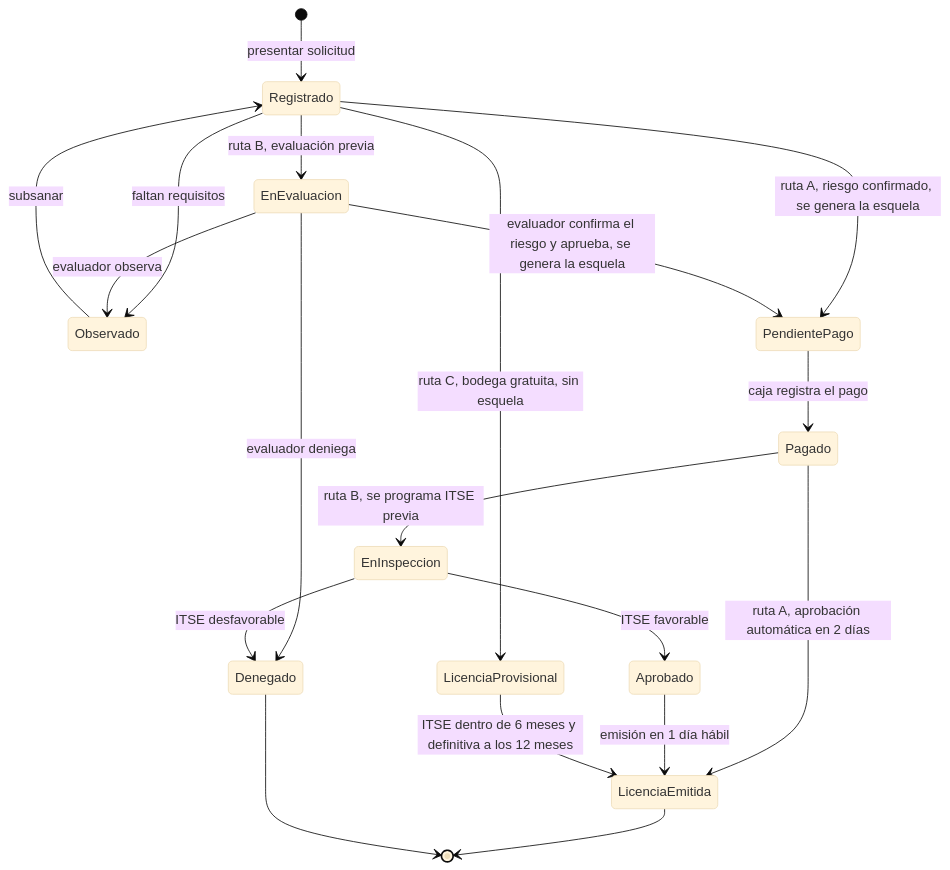
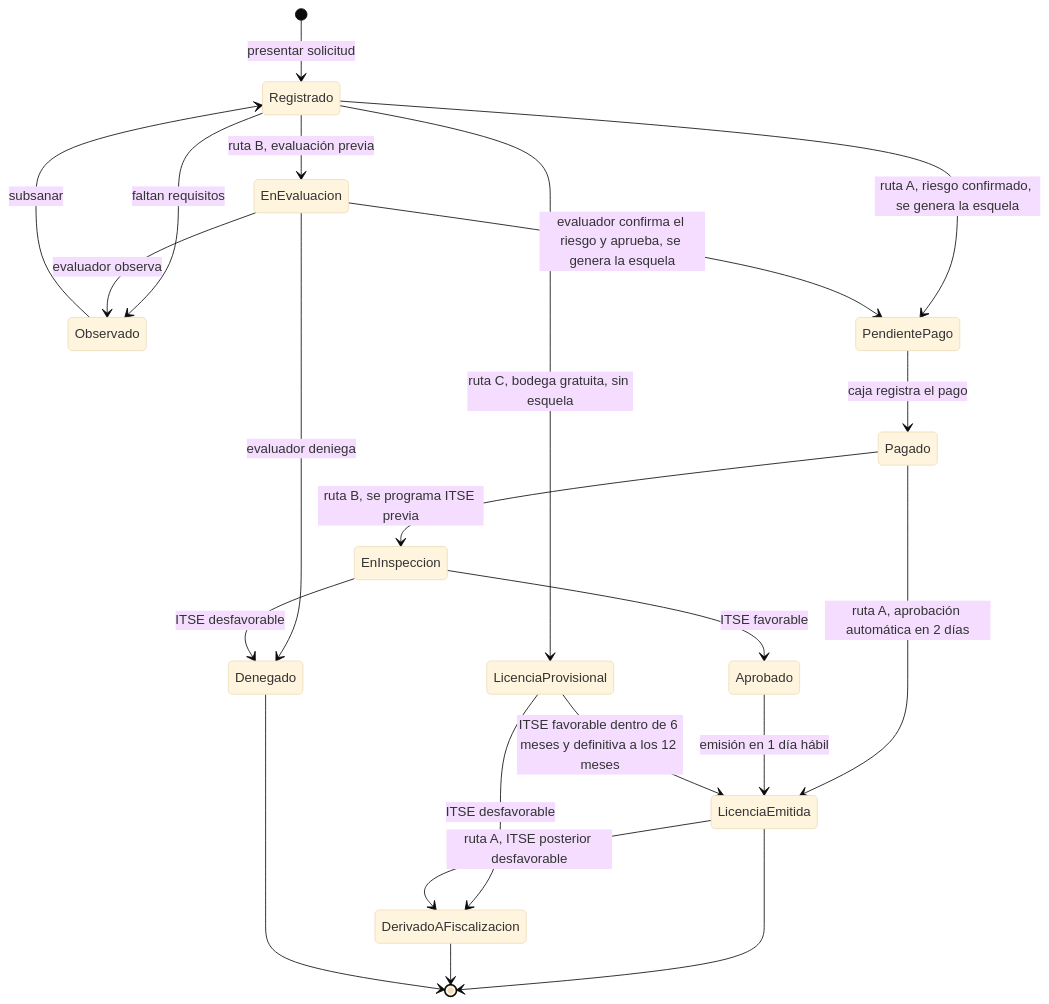
Before and after one commit to yeymyloson18/Licencias-Huanta-arquitSoft-JEIMY: the diagram in docs/03-diseno-de-software/diseno-interno/diseno-interno-de-modulos.md, drawn with Mermaid (base theme). The commit also changed other lines of this file, not shown here.

Commit message:
docs: estado de fiscalización por ITSE desfavorable y nota outbox del pago

````diff
--- a/docs/03-diseno-de-software/diseno-interno/diseno-interno-de-modulos.md
+++ b/docs/03-diseno-de-software/diseno-interno/diseno-interno-de-modulos.md
@@ -43,21 +43,24 @@
 ```mermaid
 stateDiagram-v2
     [*] --> Registrado: presentar solicitud
     Registrado --> Observado: faltan requisitos
     Observado --> Registrado: subsanar
     Registrado --> PendientePago: ruta A, riesgo confirmado, se genera la esquela
     Registrado --> EnEvaluacion: ruta B, evaluación previa
     Registrado --> LicenciaProvisional: ruta C, bodega gratuita, sin esquela
     EnEvaluacion --> Observado: evaluador observa
     EnEvaluacion --> Denegado: evaluador deniega
     EnEvaluacion --> PendientePago: evaluador confirma el riesgo y aprueba, se genera la esquela
     PendientePago --> Pagado: caja registra el pago
     Pagado --> LicenciaEmitida: ruta A, aprobación automática en 2 días
     Pagado --> EnInspeccion: ruta B, se programa ITSE previa
     EnInspeccion --> Aprobado: ITSE favorable
     EnInspeccion --> Denegado: ITSE desfavorable
     Aprobado --> LicenciaEmitida: emisión en 1 día hábil
-    LicenciaProvisional --> LicenciaEmitida: ITSE dentro de 6 meses y definitiva a los 12 meses
+    LicenciaProvisional --> LicenciaEmitida: ITSE favorable dentro de 6 meses y definitiva a los 12 meses
+    LicenciaProvisional --> DerivadoAFiscalizacion: ITSE desfavorable
+    LicenciaEmitida --> DerivadoAFiscalizacion: ruta A, ITSE posterior desfavorable
     LicenciaEmitida --> [*]
+    DerivadoAFiscalizacion --> [*]
     Denegado --> [*]
 ```
````
